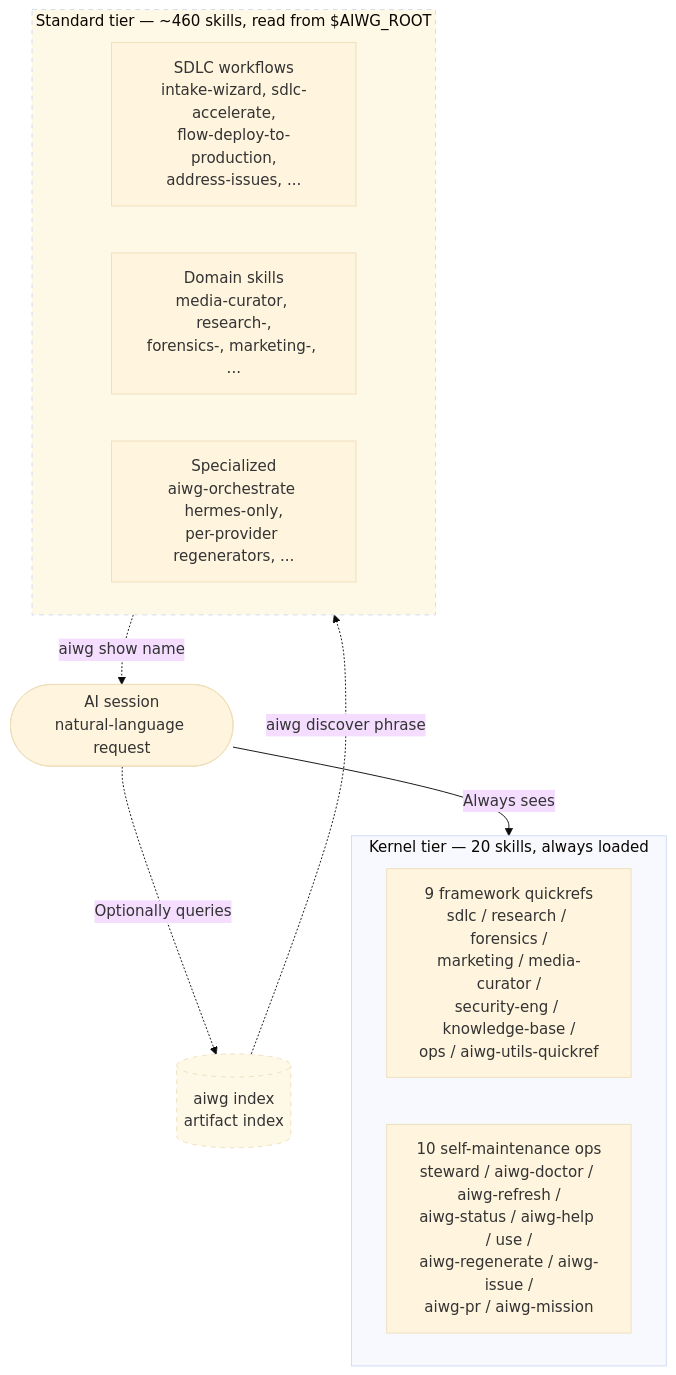
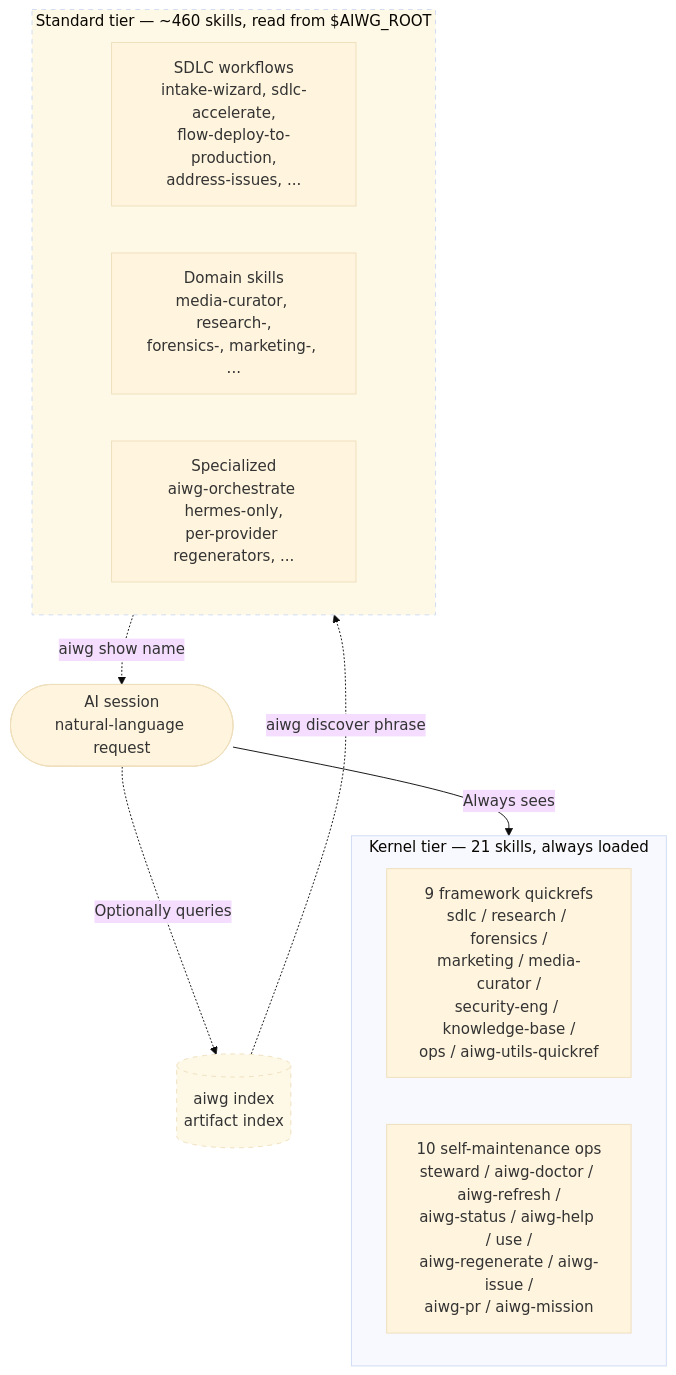
One commit to jmagly/ai-writing-guide changed the first of 2 diagrams in docs/discovery-and-kernel-skills.md. Above: the diagram before and after it, drawn with Mermaid (base theme). The commit also changed other lines of this file and 7 other files, not shown here.

````diff
--- a/docs/discovery-and-kernel-skills.md
+++ b/docs/discovery-and-kernel-skills.md
@@ -59,26 +59,26 @@
 ```mermaid
 flowchart TB
-  subgraph KERNEL["Kernel tier — 20 skills, always loaded"]
+  subgraph KERNEL["Kernel tier — 21 skills, always loaded"]
     direction LR
     K1[9 framework quickrefs<br/>sdlc / research / forensics /<br/>marketing / media-curator /<br/>security-eng / knowledge-base /<br/>ops / aiwg-utils-quickref]
     K2[10 self-maintenance ops<br/>steward / aiwg-doctor / aiwg-refresh /<br/>aiwg-status / aiwg-help / use /<br/>aiwg-regenerate / aiwg-issue /<br/>aiwg-pr / aiwg-mission]
   end
 
   subgraph STANDARD["Standard tier — ~460 skills, read from $AIWG_ROOT"]
     direction LR
     S1[SDLC workflows<br/>intake-wizard, sdlc-accelerate,<br/>flow-deploy-to-production,<br/>address-issues, ...]
     S2[Domain skills<br/>media-curator, research-,<br/>forensics-, marketing-, ...]
     S3[Specialized<br/>aiwg-orchestrate hermes-only,<br/>per-provider regenerators, ...]
   end
 
   AGENT([AI session<br/>natural-language request])
 
   AGENT -->|Always sees| KERNEL
   AGENT -.->|Optionally queries| INDEX[(aiwg index<br/>artifact index)]
   INDEX -.->|aiwg discover phrase| STANDARD
   STANDARD -.->|aiwg show name| AGENT
 
   classDef optional stroke-dasharray: 5 5,fill:#fef9e7
   class INDEX optional
   class STANDARD optional
 ```
````
